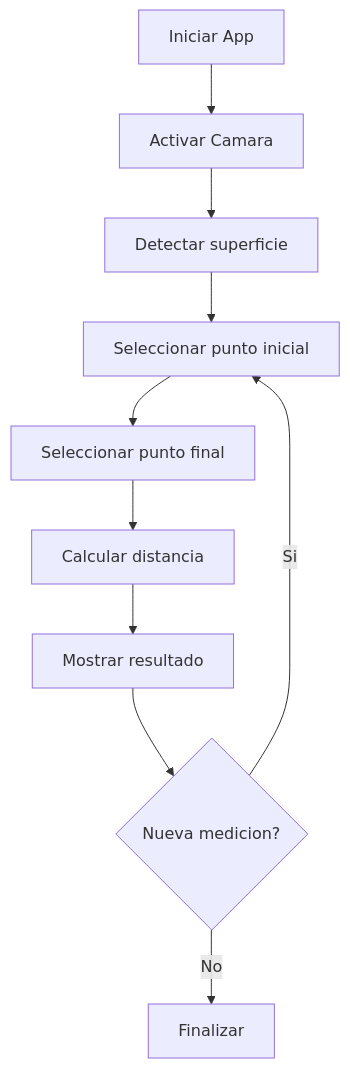
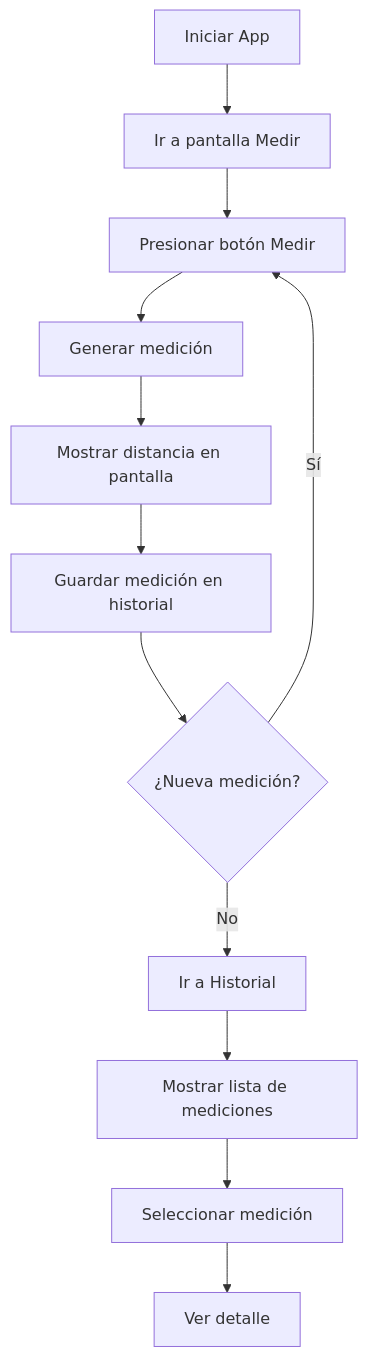
Before and after one commit to Poketeam8/ARMeasure: the diagram in README.md, drawn with Mermaid.

Commit message:
flowchart actualizada

````diff
--- a/README.md
+++ b/README.md
@@ -26,12 +26,14 @@
 ```mermaid
 flowchart TD
-    A[Iniciar App] --> B[Activar Camara]
-    B --> C[Detectar superficie]
-    C --> D[Seleccionar punto inicial]
-    D --> E[Seleccionar punto final]
-    E --> F[Calcular distancia]
-    F --> G[Mostrar resultado]
-    G --> H{Nueva medicion?}
-    H -->|Si| D
-    H -->|No| I[Finalizar]
+    A[Iniciar App] --> B[Ir a pantalla Medir]
+    B --> C[Presionar botón Medir]
+    C --> D[Generar medición]
+    D --> E[Mostrar distancia en pantalla]
+    E --> F[Guardar medición en historial]
+    F --> G{¿Nueva medición?}
+    G -->|Sí| C
+    G -->|No| H[Ir a Historial]
+    H --> I[Mostrar lista de mediciones]
+    I --> J[Seleccionar medición]
+    J --> K[Ver detalle]
 ```
````
